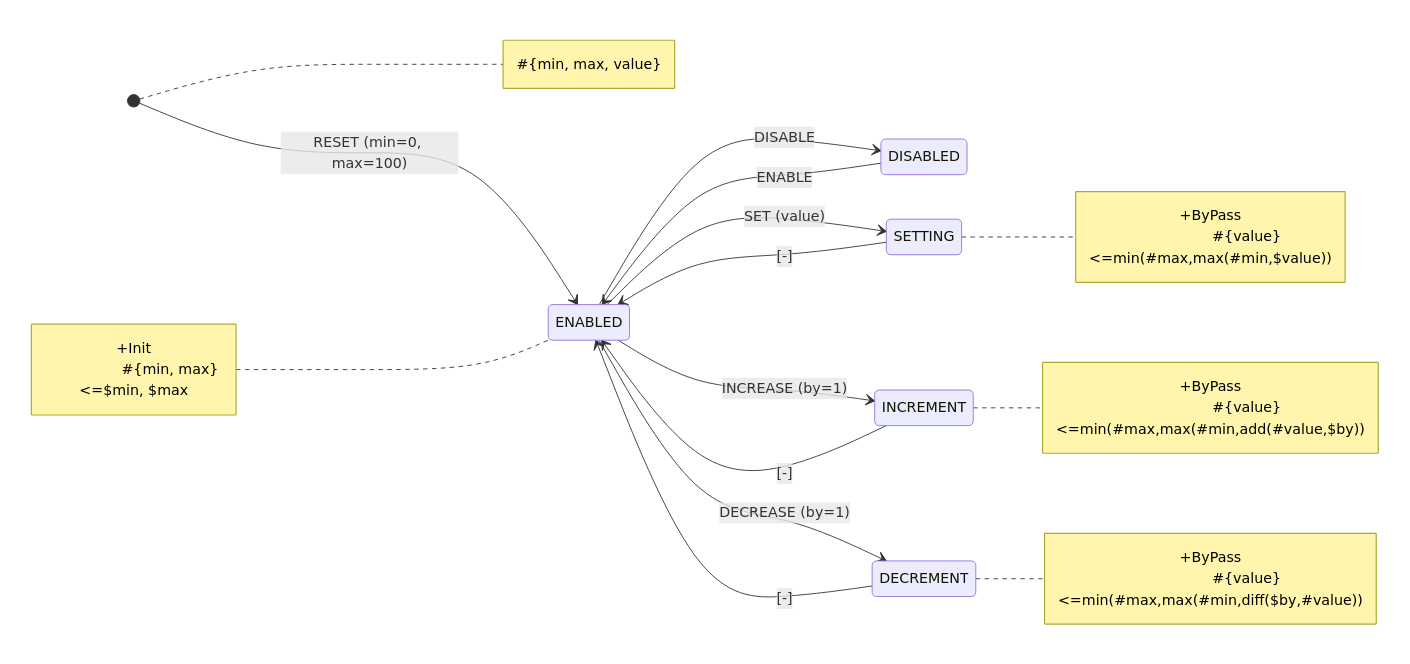
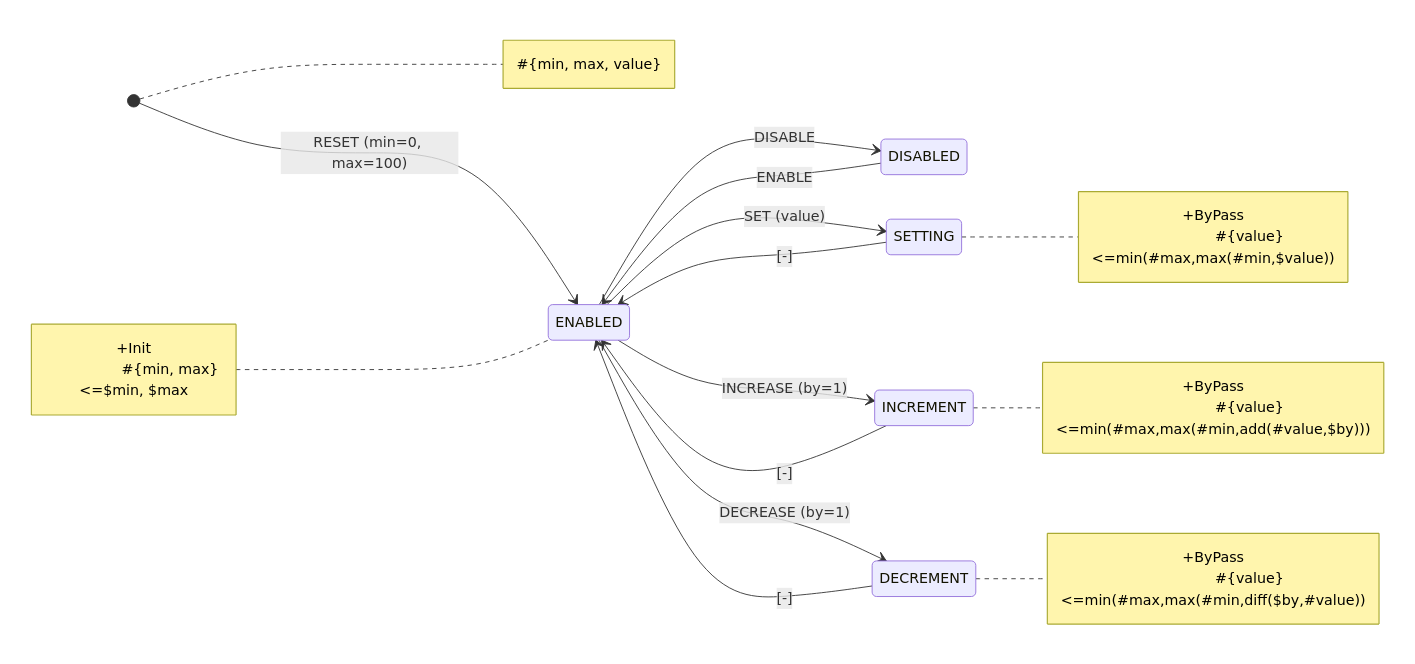
Before and after one commit to tfcp68/yantrix: the first of 11 diagrams in docs/index.md, drawn with Mermaid. The commit also changed other lines of this file and 1 other file, not shown here.

Commit message:
fix shell and stateDiagram in quick start

````diff
--- a/docs/index.md
+++ b/docs/index.md
@@ -17,32 +17,32 @@
 ```mermaid
 stateDiagram-v2
 	direction LR
 	[*] --> ENABLED: RESET (min=0, max=100)
 	ENABLED --> DISABLED: DISABLE
 	DISABLED --> ENABLED: ENABLE
 	ENABLED --> SETTING: SET (value)
 	SETTING --> ENABLED: [-]
 	ENABLED --> INCREMENT: INCREASE (by=1)
 	INCREMENT --> ENABLED: [-]
 	ENABLED --> DECREMENT: DECREASE (by=1)
 	DECREMENT --> ENABLED: [-]
 	note left of ENABLED
 		+Init
 		#{min, max}<=$min, $max
 	end note
 	note right of SETTING
 		+ByPass
 		#{value}<=min(#max,max(#min,$value))
 	end note
 	note right of INCREMENT
 		+ByPass
-		#{value}<=min(#max,max(#min,add(#value,$by))
+		#{value}<=min(#max,max(#min,add(#value,$by)))
 	end note
 	note right of DECREMENT
 		+ByPass
 		#{value}<=min(#max,max(#min,diff($by,#value))
 	end note
 note right of [*]
 #{min, max, value}
 end note
 ```
````
